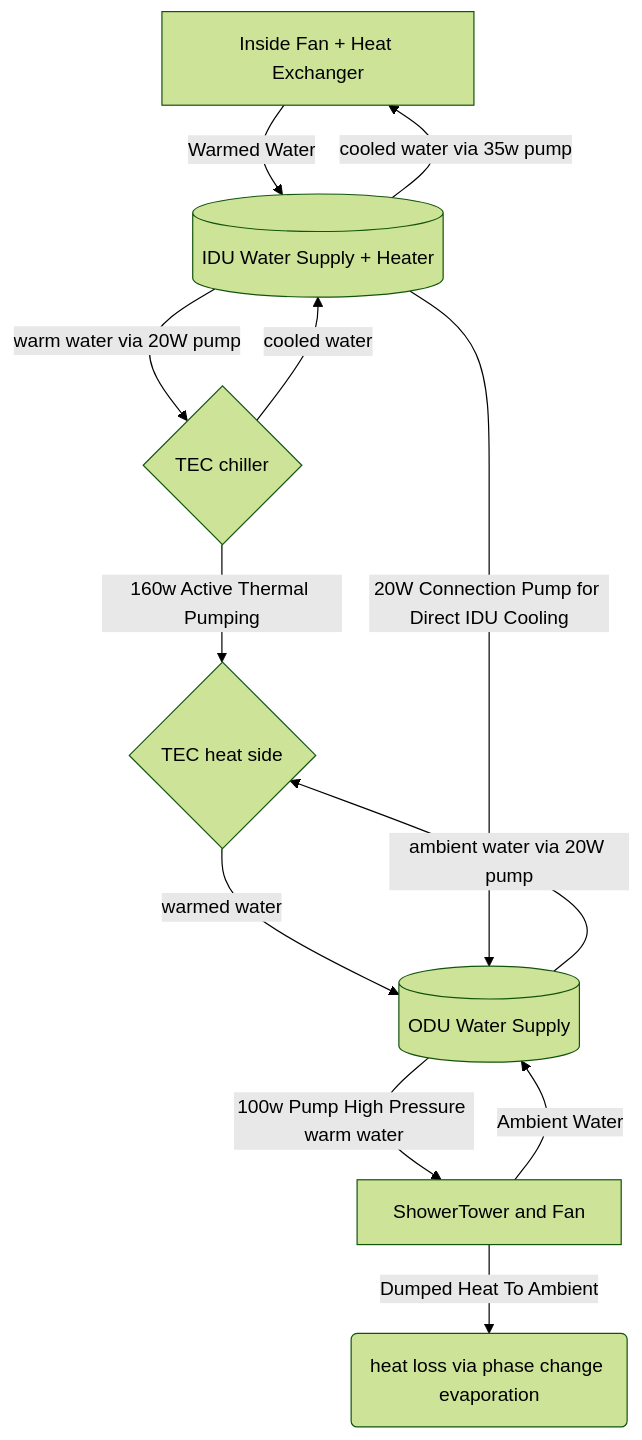
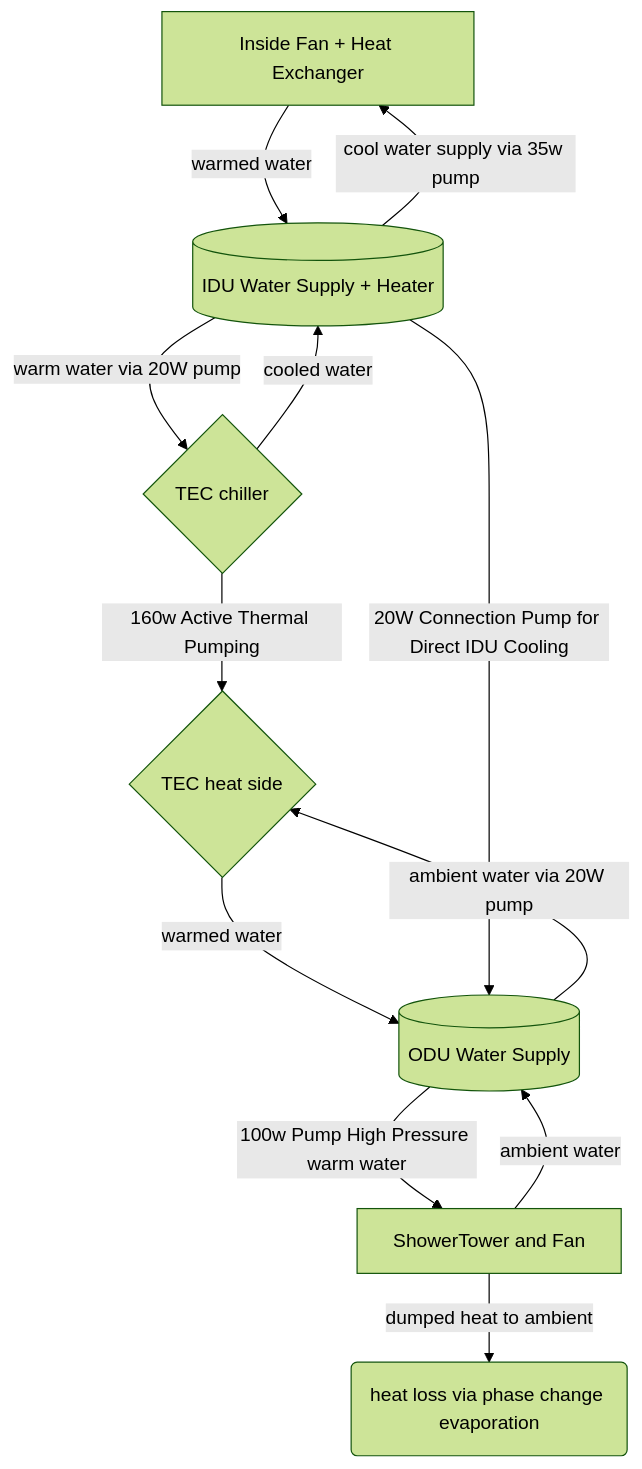
The diagram in src/cooling/readme.md (ericdmoore/casitaAzul), drawn with Mermaid (forest theme) before and after one commit.

Commit message:
diagram updates.18

````diff
--- a/src/cooling/readme.md
+++ b/src/cooling/readme.md
@@ -36,14 +36,14 @@
 ```mermaid
 flowchart TD
-   IDU[Inside Fan + Heat Exchanger] -->|Warmed Water| IDUtub[(IDU Water Supply + Heater)]
-   IDUtub -->|cooled water via 35w pump| IDU
+   IDU[Inside Fan + Heat Exchanger] -->|warmed water| IDUtub[(IDU Water Supply + Heater)]
+   IDUtub -->|cool water supply via 35w pump| IDU
    IDUtub -->|warm water via 20W pump| TECcold{TEC chiller}
    TECcold --> |cooled water| IDUtub
    TECcold --> |160w Active Thermal Pumping| TEChot{TEC heat side}
    ODUtub[(ODU Water Supply)] -->|ambient water via 20W pump| TEChot
    TEChot -->|warmed water| ODUtub
    ODUtub --> |100w Pump High Pressure warm water| ShowerTower[ShowerTower and Fan]
-   ShowerTower --> |Ambient Water| ODUtub
-   ShowerTower --> |Dumped Heat To Ambient| air(heat loss via phase change evaporation)
+   ShowerTower --> |ambient water| ODUtub
+   ShowerTower --> |dumped heat to ambient| air(heat loss via phase change evaporation)
    IDUtub -->|20W Connection Pump for Direct IDU Cooling| ODUtub
 ```
````
